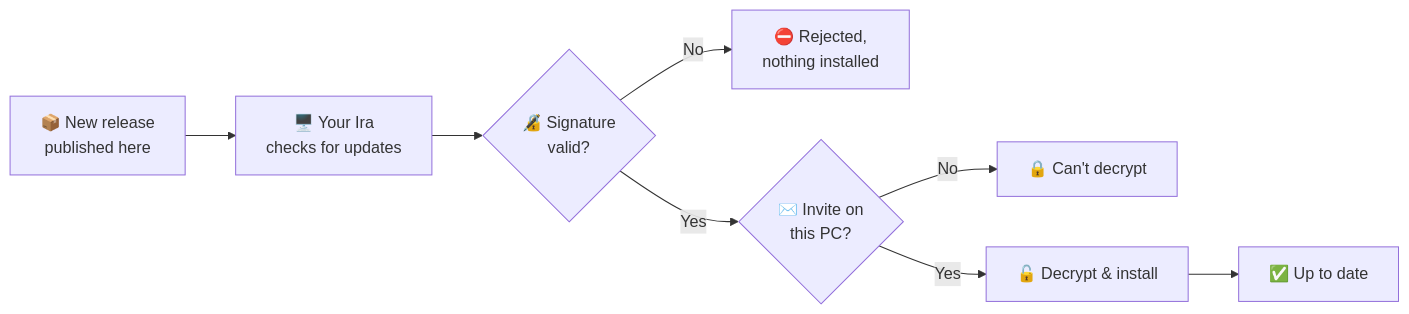
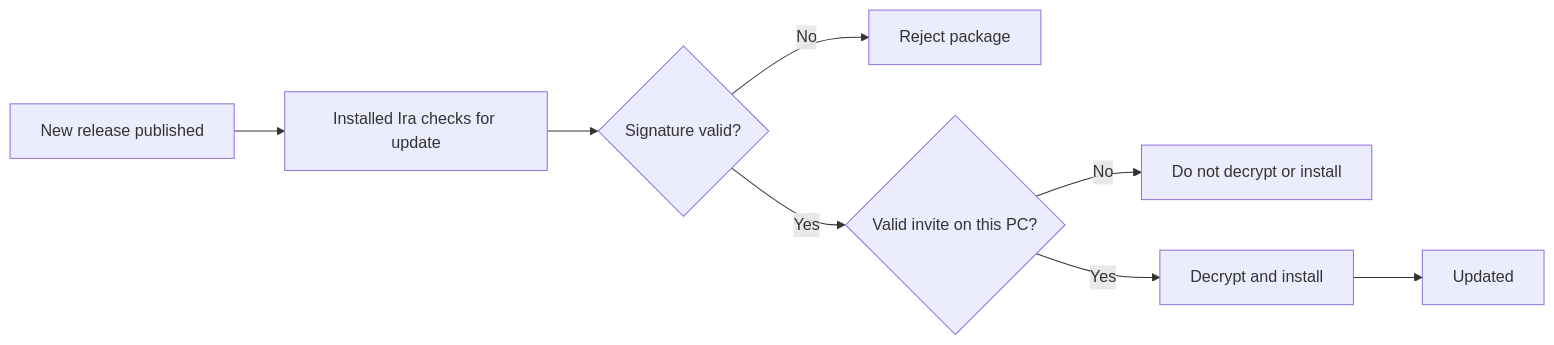
The diagram in README.md (rahulghosh111111/Personal-Assistant-releases), drawn with Mermaid before and after one commit. The commit also changed other lines of this file, not shown here.

````diff
--- a/README.md
+++ b/README.md
@@ -256,10 +237,10 @@
 ```mermaid
 flowchart LR
-    A[📦 New release<br/>published here] --> B[🖥️ Your Ira<br/>checks for updates]
-    B --> C{🔏 Signature<br/>valid?}
-    C -- No --> X[⛔ Rejected,<br/>nothing installed]
-    C -- Yes --> D{✉️ Invite on<br/>this PC?}
-    D -- No --> Y[🔒 Can't decrypt]
-    D -- Yes --> E[🔓 Decrypt & install]
-    E --> F[✅ Up to date]
+    A["New release published"] --> B["Installed Ira checks for update"]
+    B --> C{"Signature valid?"}
+    C -- "No" --> X["Reject package"]
+    C -- "Yes" --> D{"Valid invite on this PC?"}
+    D -- "No" --> Y["Do not decrypt or install"]
+    D -- "Yes" --> E["Decrypt and install"]
+    E --> F["Updated"]
 ```
````
